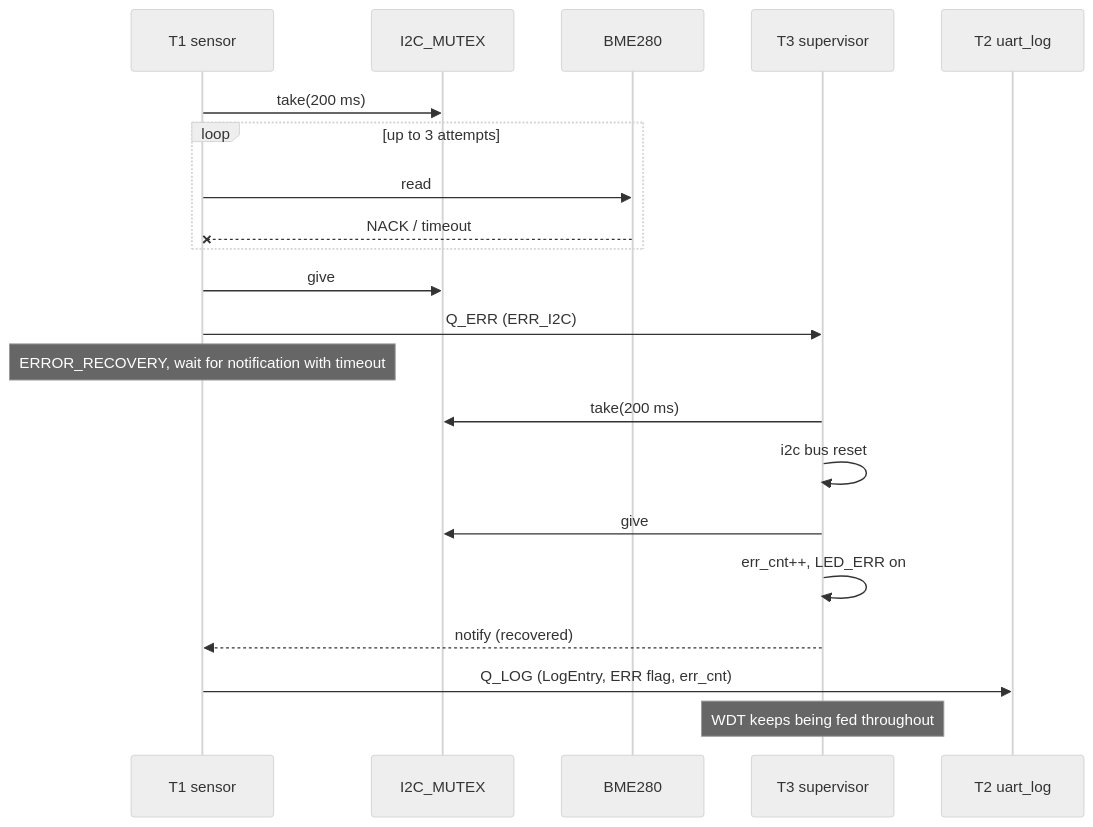
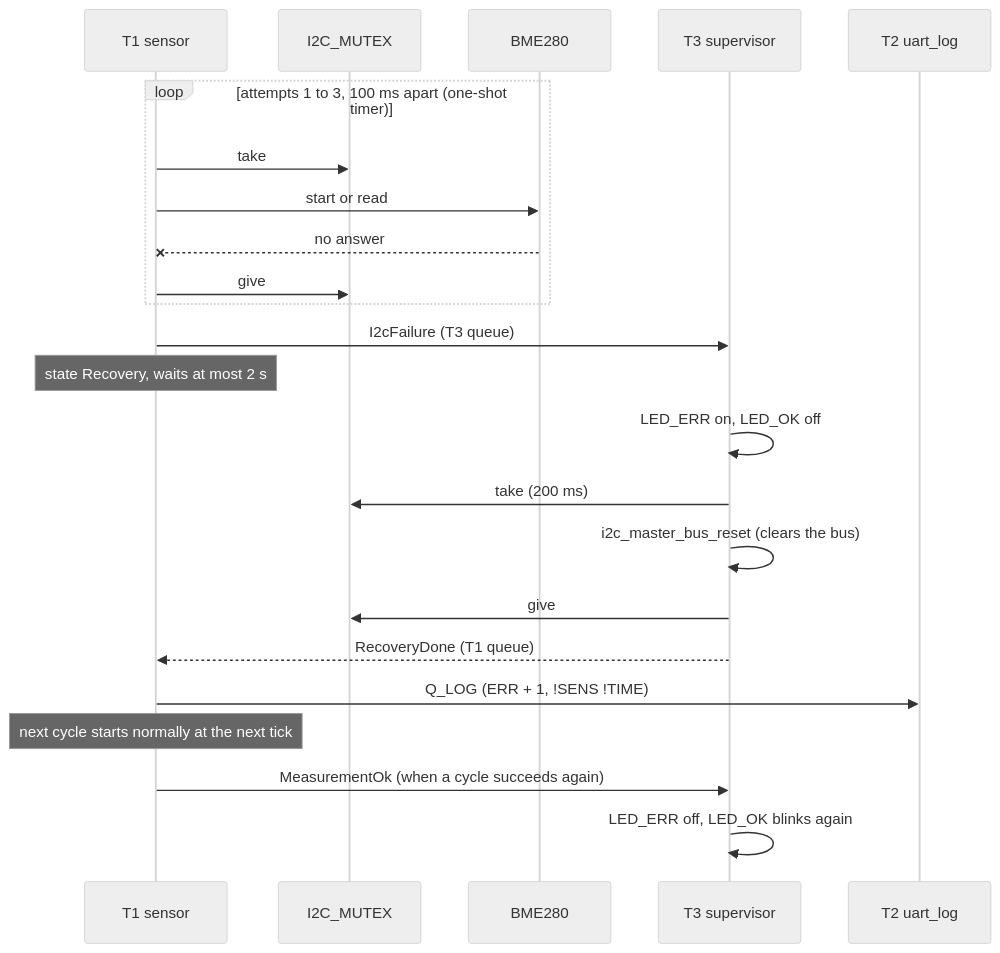
The fifth of 6 diagrams in docs/architecture.md (yuriyKazan/Environment-logger), drawn with Mermaid (neutral theme) before and after one commit. The commit also changed other lines of this file and 2 other files, not shown here.

Commit message:
Architecture doc: rewrite to match the implementation (T1 FSM, T3, queues, watchdog, sequences)

````diff
--- a/docs/architecture.md
+++ b/docs/architecture.md
@@ -224,23 +280,25 @@
 ```mermaid
 sequenceDiagram
     participant T1 as T1 sensor
     participant MTX as I2C_MUTEX
     participant BME as BME280
     participant T3 as T3 supervisor
     participant T2 as T2 uart_log
-    T1->>MTX: take(200 ms)
-    loop up to 3 attempts
-        T1->>BME: read
-        BME--xT1: NACK / timeout
+    loop attempts 1 to 3, 100 ms apart (one-shot timer)
+        T1->>MTX: take
+        T1->>BME: start or read
+        BME--xT1: no answer
+        T1->>MTX: give
     end
-    T1->>MTX: give
-    T1->>T3: Q_ERR (ERR_I2C)
-    Note over T1: ERROR_RECOVERY, wait for notification with timeout
-    T3->>MTX: take(200 ms)
-    T3->>T3: i2c bus reset
+    T1->>T3: I2cFailure (T3 queue)
+    Note over T1: state Recovery, waits at most 2 s
+    T3->>T3: LED_ERR on, LED_OK off
+    T3->>MTX: take (200 ms)
+    T3->>T3: i2c_master_bus_reset (clears the bus)
     T3->>MTX: give
-    T3->>T3: err_cnt++, LED_ERR on
-    T3-->>T1: notify (recovered)
-    T1->>T2: Q_LOG (LogEntry, ERR flag, err_cnt)
-    Note over T3: WDT keeps being fed throughout
+    T3-->>T1: RecoveryDone (T1 queue)
+    T1->>T2: Q_LOG (ERR + 1, !SENS !TIME)
+    Note over T1: next cycle starts normally at the next tick
+    T1->>T3: MeasurementOk (when a cycle succeeds again)
+    T3->>T3: LED_ERR off, LED_OK blinks again
 ```
````
